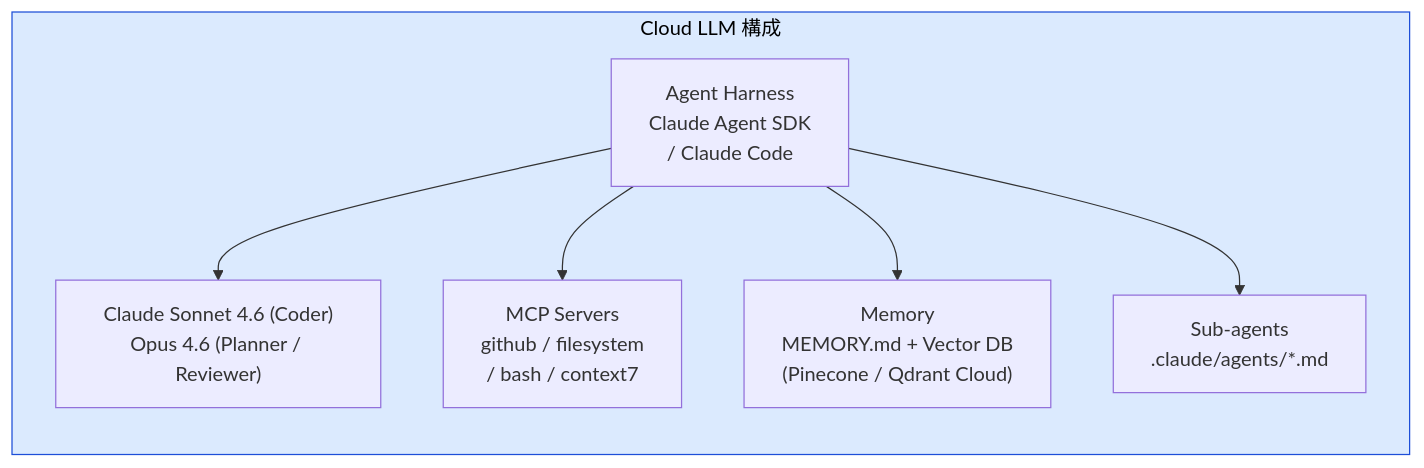
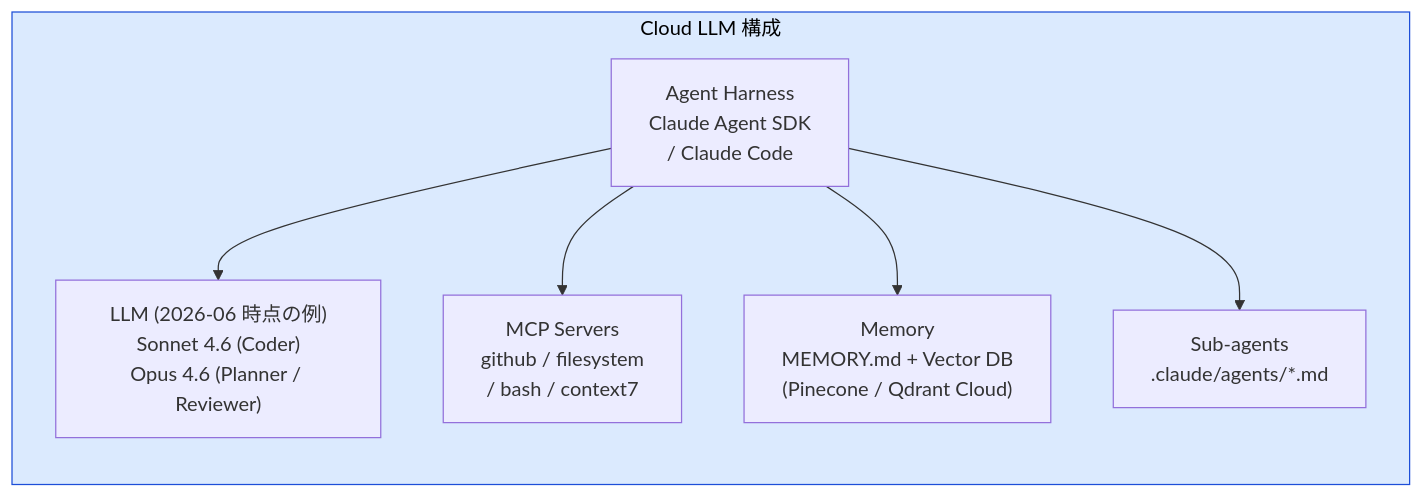
The fifth of 8 diagrams in docs/ja/workflows/autonomous-dev-meta-agent.md (shuji-bonji/ai-agent-architecture), drawn with Mermaid before and after one commit. The commit also changed other lines of this file and 1 other file, not shown here.

````diff
--- a/docs/ja/workflows/autonomous-dev-meta-agent.md
+++ b/docs/ja/workflows/autonomous-dev-meta-agent.md
@@ -227,13 +262,13 @@
 ```mermaid
 flowchart LR
     subgraph CLOUD["Cloud LLM 構成"]
         direction TB
         H["Agent Harness<br/>Claude Agent SDK<br/>/ Claude Code"]
-        L["Claude Sonnet 4.6 (Coder)<br/>Opus 4.6 (Planner / Reviewer)"]
+        L["LLM (2026-06 時点の例)<br/>Sonnet 4.6 (Coder)<br/>Opus 4.6 (Planner / Reviewer)"]
         H --> L
         H --> MCP_C["MCP Servers<br/>github / filesystem<br/>/ bash / context7"]
         H --> MEM_C["Memory<br/>MEMORY.md + Vector DB<br/>(Pinecone / Qdrant Cloud)"]
         H --> SUB_C["Sub-agents<br/>.claude/agents/*.md"]
     end
     style CLOUD fill:#dbeafe,stroke:#1d4ed8,color:#000
 ```
````
